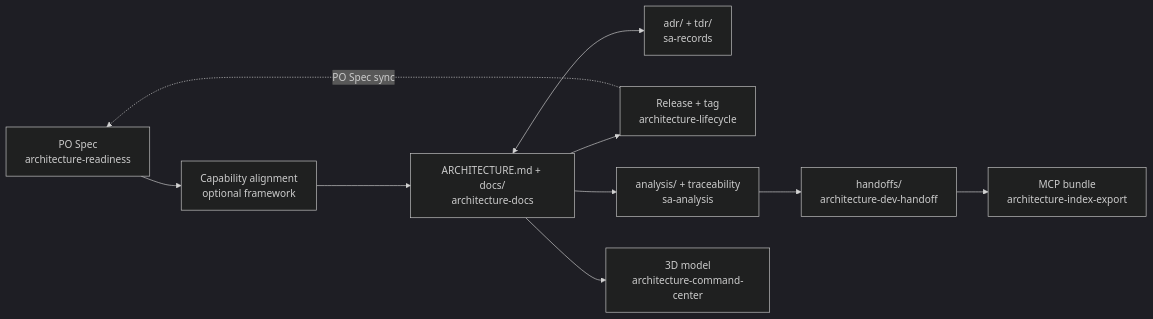
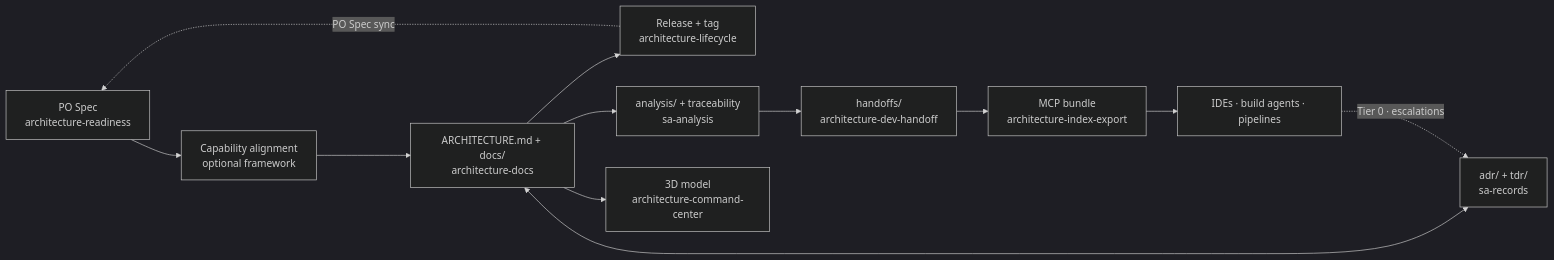
One commit to shadowX4fox/solutions-architect-skills changed the first of 2 diagrams in docs/WORKFLOW_GUIDE.md. Above: the diagram before and after it, drawn with Mermaid (dark theme). The commit also changed other lines of this file and 4 other files, not shown here.

First line of the commit message:
docs: the automatic mode in What you get — the CI pipeline, unattended build agents and RUN teams across README, ALIA, WORKFLOW_GUIDE and the indexes

````diff
--- a/docs/WORKFLOW_GUIDE.md
+++ b/docs/WORKFLOW_GUIDE.md
@@ -18,12 +18,14 @@
 ```mermaid
 flowchart LR
   PO["PO Spec<br/>architecture-readiness"] --> CAP["Capability alignment<br/>optional framework"]
   CAP --> DOCS["ARCHITECTURE.md + docs/<br/>architecture-docs"]
   DOCS <--> REC["adr/ + tdr/<br/>sa-records"]
   DOCS --> LIFE["Release + tag<br/>architecture-lifecycle"]
   DOCS --> GOV["analysis/ + traceability<br/>sa-analysis"]
   GOV --> KIT["handoffs/<br/>architecture-dev-handoff"]
   KIT --> IDX["MCP bundle<br/>architecture-index-export"]
+  IDX --> USE["IDEs · build agents · pipelines"]
+  USE -.->|"Tier 0 · escalations"| REC
   DOCS --> CC["3D model<br/>architecture-command-center"]
   LIFE -.->|"PO Spec sync"| PO
 ```
````
